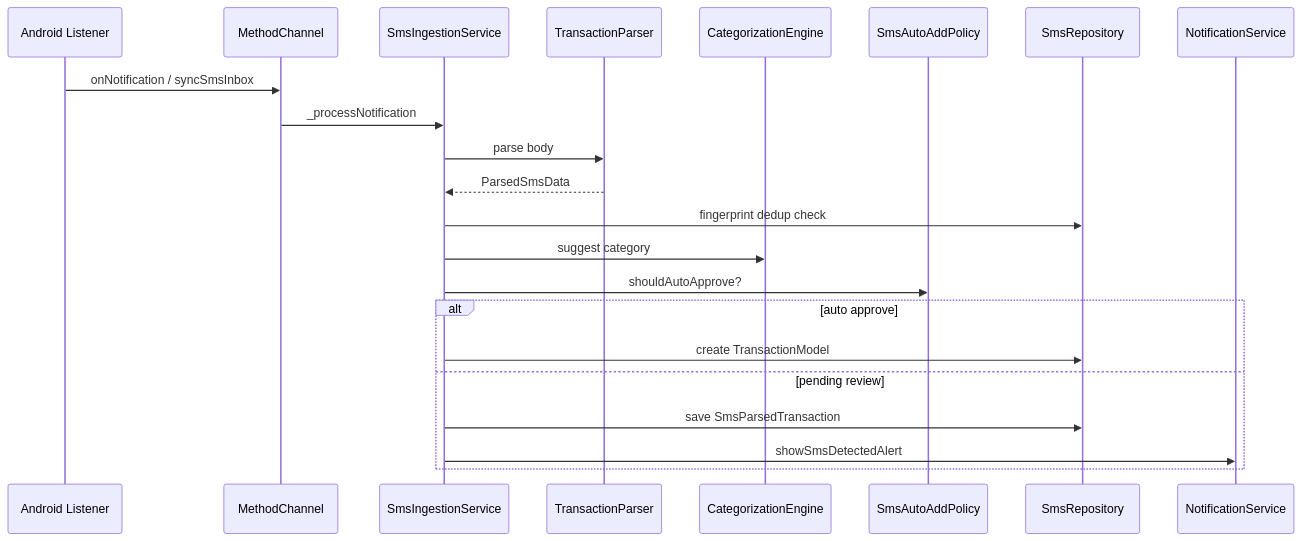
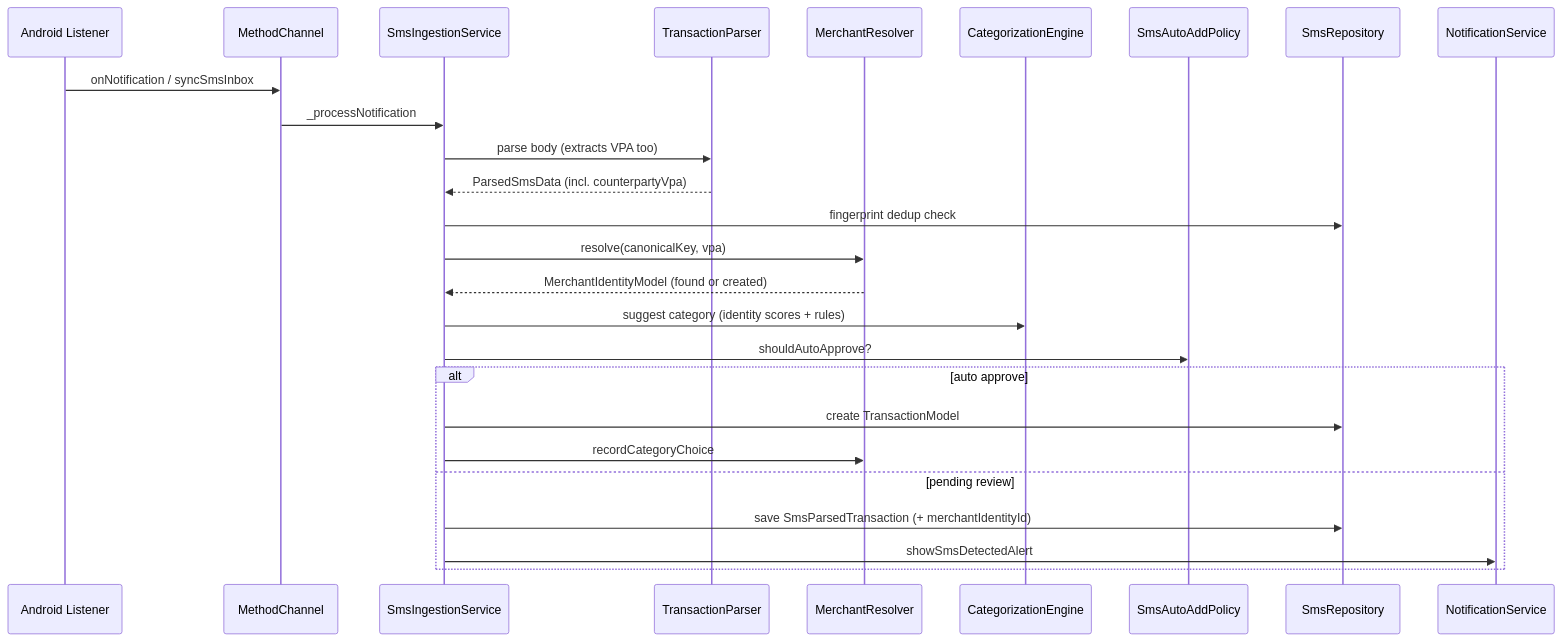
The diagram in dev/docs/core/sms/ingestion-and-policy.md (aorohith/money_manager), drawn with Mermaid before and after one commit. The commit also changed other lines of this file and 26 other files, not shown here.

First line of the commit message:
feat: Enhance SMS merchant extraction and categorization

````diff
--- a/dev/docs/core/sms/ingestion-and-policy.md
+++ b/dev/docs/core/sms/ingestion-and-policy.md
@@ -51,25 +54,29 @@
 ```mermaid
 sequenceDiagram
   participant Android as Android Listener
   participant Channel as MethodChannel
   participant Ingest as SmsIngestionService
   participant Parser as TransactionParser
+  participant Resolver as MerchantResolver
   participant Cat as CategorizationEngine
   participant Policy as SmsAutoAddPolicy
   participant Repo as SmsRepository
   participant Notif as NotificationService
 
   Android->>Channel: onNotification / syncSmsInbox
   Channel->>Ingest: _processNotification
-  Ingest->>Parser: parse body
-  Parser-->>Ingest: ParsedSmsData
+  Ingest->>Parser: parse body (extracts VPA too)
+  Parser-->>Ingest: ParsedSmsData (incl. counterpartyVpa)
   Ingest->>Repo: fingerprint dedup check
-  Ingest->>Cat: suggest category
+  Ingest->>Resolver: resolve(canonicalKey, vpa)
+  Resolver-->>Ingest: MerchantIdentityModel (found or created)
+  Ingest->>Cat: suggest category (identity scores + rules)
   Ingest->>Policy: shouldAutoApprove?
   alt auto approve
     Ingest->>Repo: create TransactionModel
+    Ingest->>Resolver: recordCategoryChoice
   else pending review
-    Ingest->>Repo: save SmsParsedTransaction
+    Ingest->>Repo: save SmsParsedTransaction (+ merchantIdentityId)
     Ingest->>Notif: showSmsDetectedAlert
   end
 ```
````
